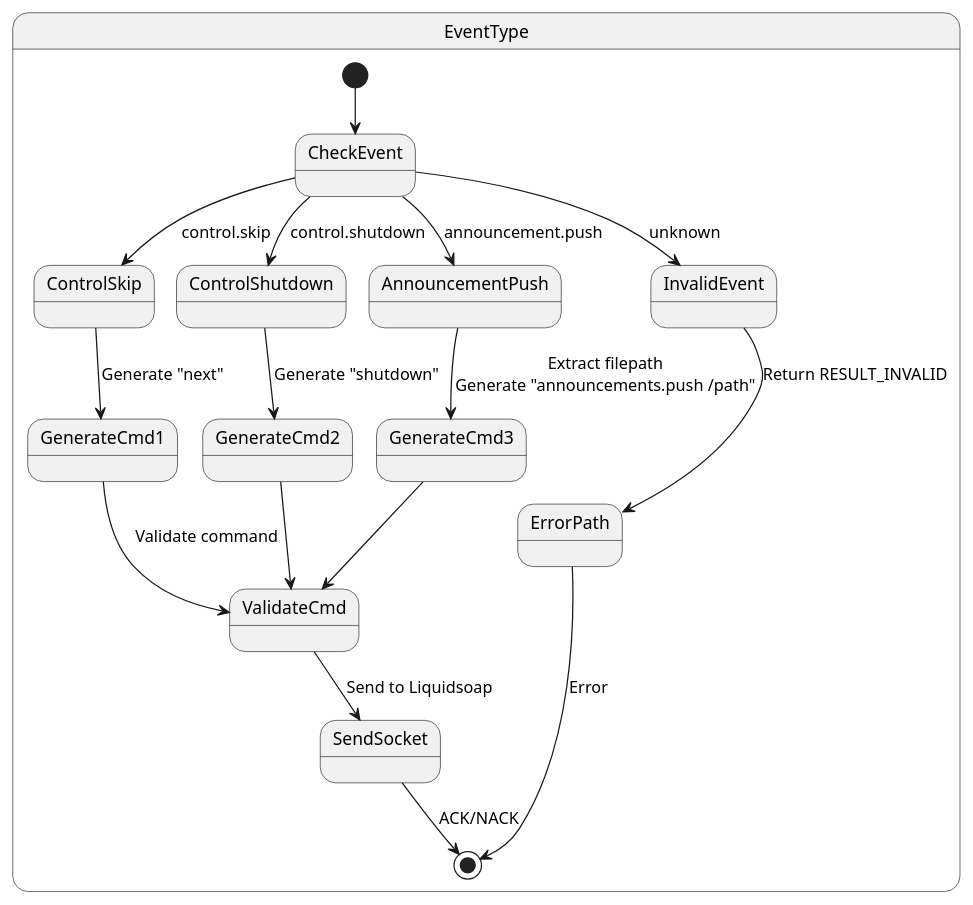
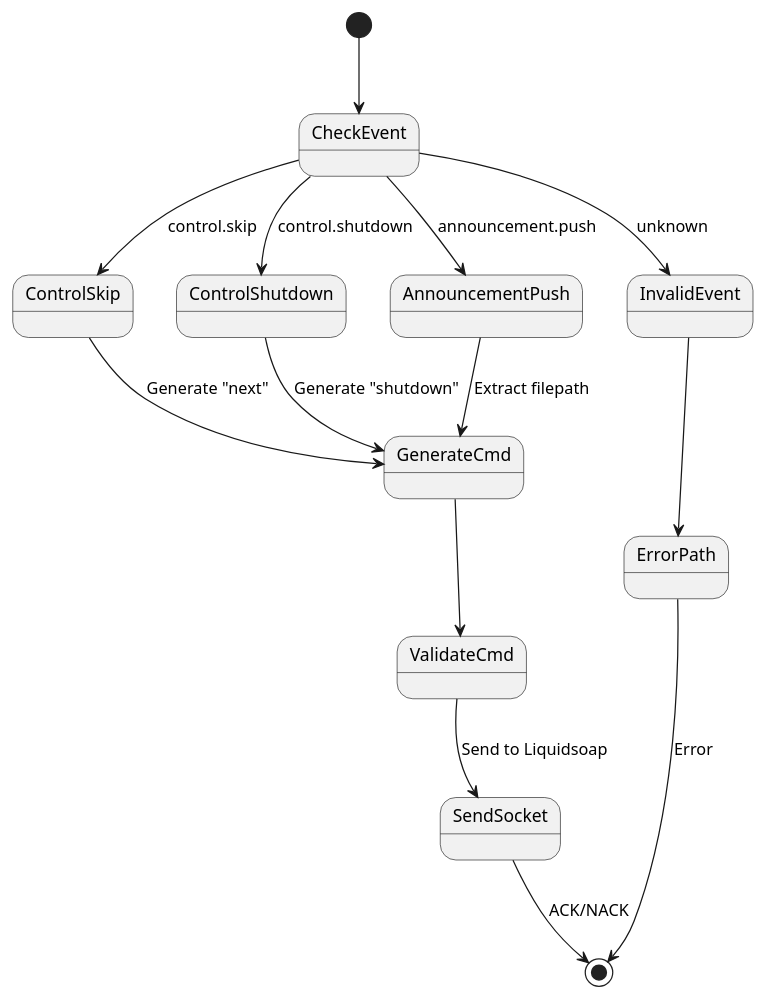
Before and after one commit to intelliurb-lab/smoothoperator: the fourth of 6 diagrams in ARCHITECTURE.md, drawn with PlantUML. The commit also changed other lines of this file and 15 other files, not shown here.

````diff
--- a/ARCHITECTURE.md
+++ b/ARCHITECTURE.md
@@ -235,24 +218,22 @@
 ```plantuml
 @startuml Event Routing
-state EventType {
-  [*] --> CheckEvent
-  CheckEvent --> ControlSkip: control.skip
-  CheckEvent --> ControlShutdown: control.shutdown
-  CheckEvent --> AnnouncementPush: announcement.push
-  CheckEvent --> InvalidEvent: unknown
-  
-  ControlSkip --> GenerateCmd1: Generate "next"
-  ControlShutdown --> GenerateCmd2: Generate "shutdown"
-  AnnouncementPush --> GenerateCmd3: Extract filepath\nGenerate "announcements.push /path"
-  InvalidEvent --> ErrorPath: Return RESULT_INVALID
-  
-  GenerateCmd1 --> ValidateCmd: Validate command
-  GenerateCmd2 --> ValidateCmd
-  GenerateCmd3 --> ValidateCmd
-  
-  ValidateCmd --> SendSocket: Send to Liquidsoap
-  SendSocket --> [*]: ACK/NACK
-  ErrorPath --> [*]: Error
-}
+
+[*] --> CheckEvent
+CheckEvent --> ControlSkip: control.skip
+CheckEvent --> ControlShutdown: control.shutdown
+CheckEvent --> AnnouncementPush: announcement.push
+CheckEvent --> InvalidEvent: unknown
+
+ControlSkip --> GenerateCmd: Generate "next"
+ControlShutdown --> GenerateCmd: Generate "shutdown"
+AnnouncementPush --> GenerateCmd: Extract filepath
+
+GenerateCmd --> ValidateCmd
+InvalidEvent --> ErrorPath
+
+ValidateCmd --> SendSocket: Send to Liquidsoap
+SendSocket --> [*]: ACK/NACK
+ErrorPath --> [*]: Error
+
 @enduml
 ```
````
